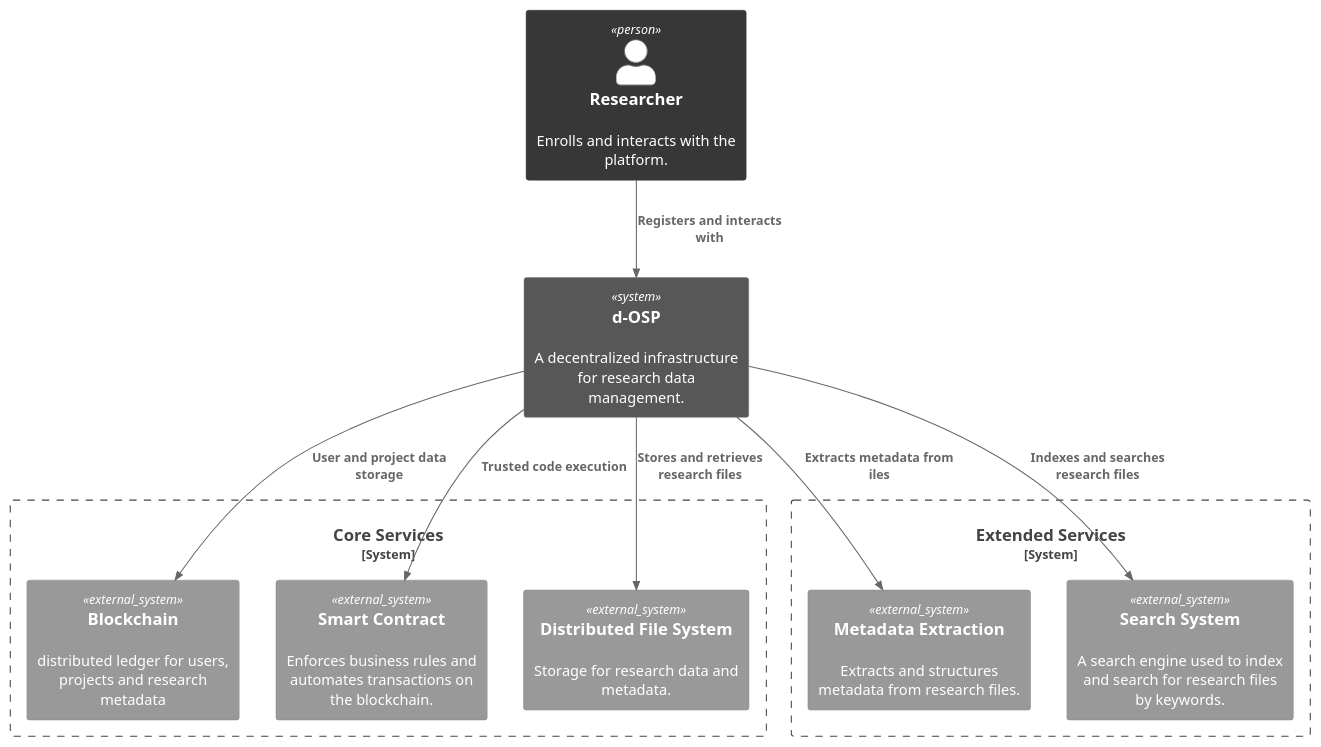
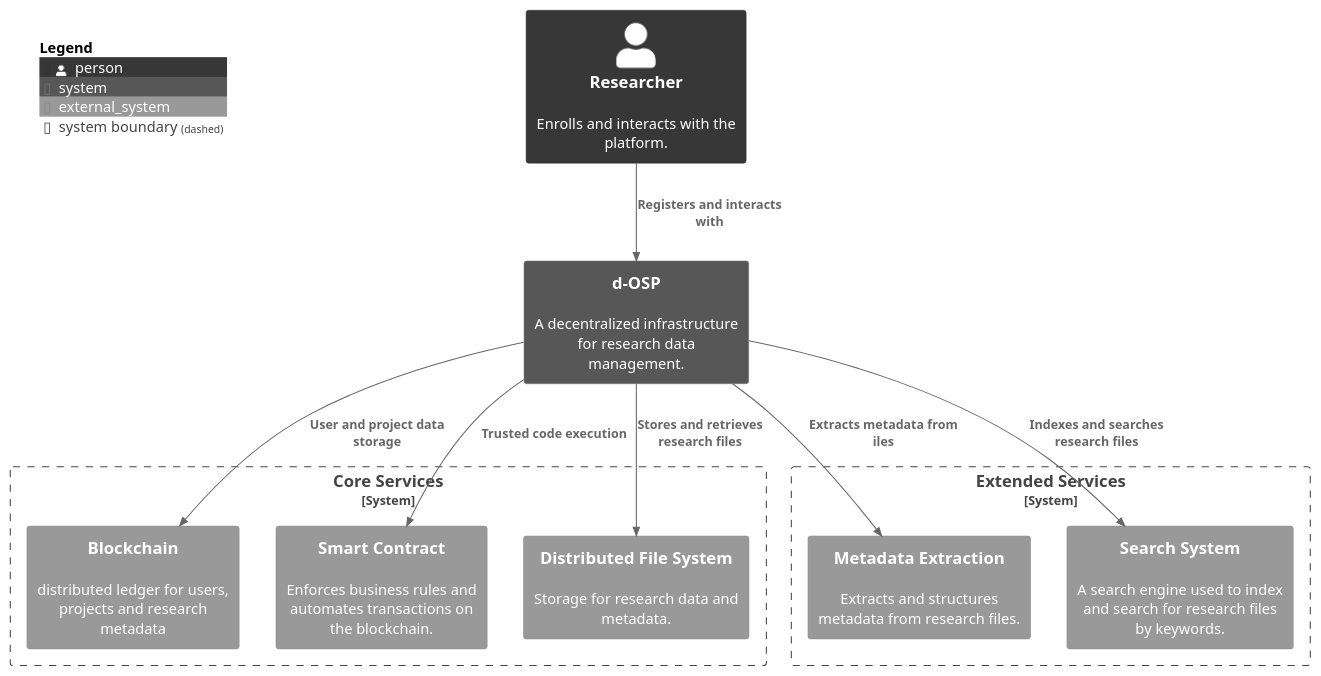
Before and after one commit to OliveiraEdu/d-OSP: the diagram in diagrams/plantUML/c4_context_diagram.wsd, drawn with PlantUML. The commit also changed 1 other file, not shown here.

Commit message:
new diagrams

```diff
--- a/diagrams/plantUML/c4_context_diagram.wsd
+++ b/diagrams/plantUML/c4_context_diagram.wsd
@@ -1,36 +1,39 @@
 @startuml
 
 !include https://raw.githubusercontent.com/plantuml-stdlib/C4-PlantUML/master/C4_Context.puml
 
 skinparam monochrome true
 
 ' LAYOUT_WITH_LEGEND()
 
 ' title System Context Diagram for Open Science Platform
 
 Person(user, "Researcher", "Enrolls and interacts with the platform.")
 
 System(open_science_platform, "d-OSP", "A decentralized infrastructure for research data management.")
 
 System_Boundary(open_science_boundary, "Core Services") {
     System_Ext(blockchain, "Blockchain", "distributed ledger for users, projects and research metadata")
     System_Ext(smart_contract, "Smart Contract", "Enforces business rules and automates transactions on the blockchain.")
     
     System_Ext(ipfs, "Distributed File System", "Storage for research data and metadata.")
 
 }
 
 
 System_Boundary(metadata_boundary, "Extended Services") {
     System_Ext(metadata_extraction, "Metadata Extraction", "Extracts and structures metadata from research files.")
     System_Ext(search_system, "Search System", "A search engine used to index and search for research files by keywords.")
 }
 
 
 Rel(user, open_science_platform, "Registers and interacts with")
 Rel(open_science_platform, smart_contract, "Trusted code execution")
 Rel(open_science_platform, blockchain, "User and project data storage")
 Rel(open_science_platform, ipfs, "Stores and retrieves research files")
 Rel(open_science_platform, metadata_extraction, "Extracts metadata from iles")
 Rel(open_science_platform, search_system, "Indexes and searches research files")
+
+SHOW_FLOATING_LEGEND()
+Lay_Distance(LEGEND(), blockchain, 1)
 @enduml
```
